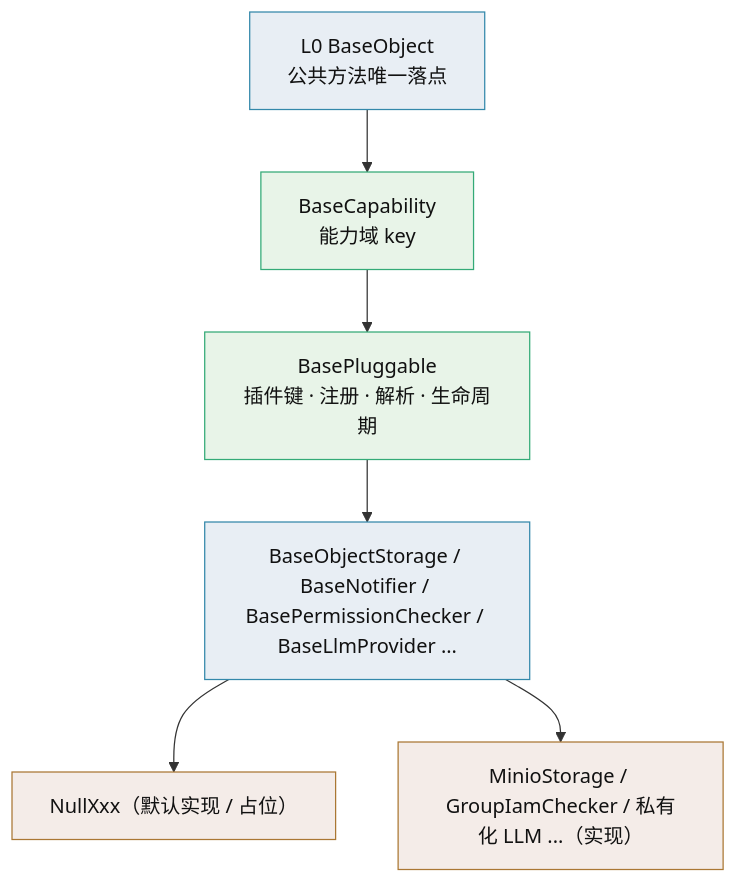
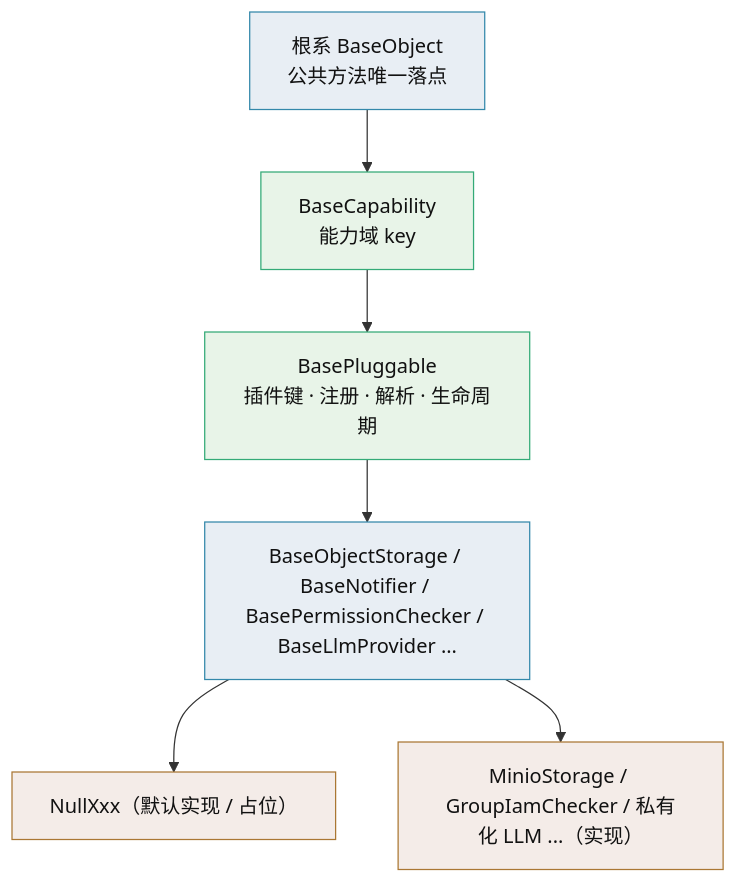
Before and after one commit to minjian123/basic-management-system: the second of 4 diagrams in bms文档/设计/架构设计/10_架构设计_子系统_扩展点与插件化.md, drawn with Mermaid. The commit also changed other lines of this file and 181 other files, not shown here.

````diff
--- a/bms文档/设计/架构设计/10_架构设计_子系统_扩展点与插件化.md
+++ b/bms文档/设计/架构设计/10_架构设计_子系统_扩展点与插件化.md
@@ -42,13 +42,13 @@
 ```mermaid
 flowchart TD
-    L0["L0 BaseObject<br/>公共方法唯一落点"]:::l0 --> CAP["BaseCapability<br/>能力域 key"]:::l1
+    根系["根系 BaseObject<br/>公共方法唯一落点"]:::l0 --> CAP["BaseCapability<br/>能力域 key"]:::l1
     CAP --> PLG["BasePluggable<br/>插件键 · 注册 · 解析 · 生命周期"]:::l2
     PLG --> C1["BaseObjectStorage / BaseNotifier / BasePermissionChecker / BaseLlmProvider ..."]:::c
     C1 --> N["NullXxx（默认实现 / 占位）"]:::i
     C1 --> IMPL["MinioStorage / GroupIamChecker / 私有化 LLM ...（实现）"]:::i
     classDef l0 fill:#e8eef4,stroke:#38a,color:#111
     classDef l1 fill:#e8f4e8,stroke:#3a7,color:#111
     classDef l2 fill:#e8f4e8,stroke:#3a7,color:#111
     classDef c fill:#e8eef4,stroke:#38a,color:#111
     classDef i fill:#f4ece8,stroke:#a73,color:#111
 ```
````
